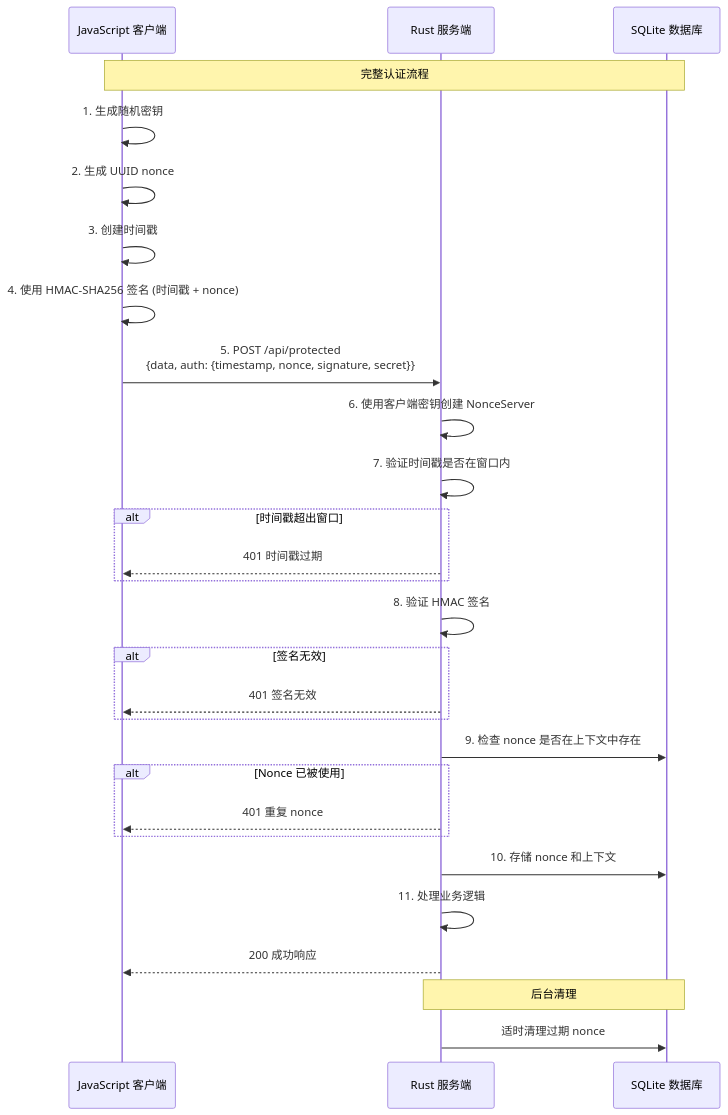
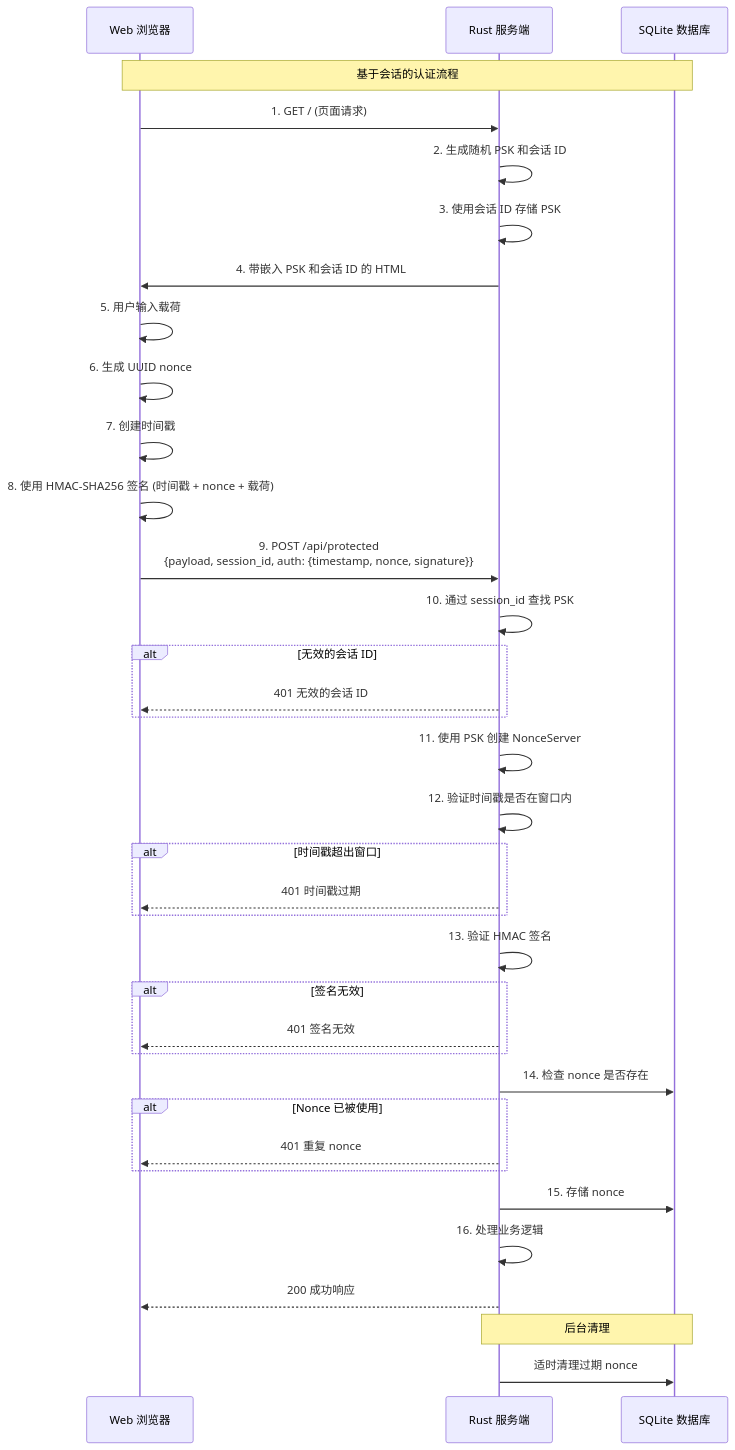
Before and after one commit to kookyleo/nonce-auth: the diagram in README.zh.md, drawn with Mermaid. The commit also changed other lines of this file and 4 other files, not shown here.

````diff
--- a/README.zh.md
+++ b/README.zh.md
@@ -218,41 +340,52 @@
 ```mermaid
 sequenceDiagram
-    participant JSClient as JavaScript 客户端
+    participant Browser as Web 浏览器
     participant RustServer as Rust 服务端
     participant DB as SQLite 数据库
 
-    Note over JSClient, DB: 完整认证流程
+    Note over Browser, DB: 基于会话的认证流程
 
-    JSClient->>JSClient: 1. 生成随机密钥
-    JSClient->>JSClient: 2. 生成 UUID nonce
-    JSClient->>JSClient: 3. 创建时间戳
-    JSClient->>JSClient: 4. 使用 HMAC-SHA256 签名 (时间戳 + nonce)
+    Browser->>RustServer: 1. GET / (页面请求)
+    RustServer->>RustServer: 2. 生成随机 PSK 和会话 ID
+    RustServer->>RustServer: 3. 使用会话 ID 存储 PSK
+    RustServer->>Browser: 4. 带嵌入 PSK 和会话 ID 的 HTML
     
-    JSClient->>RustServer: 5. POST /api/protected<br/>{data, auth: {timestamp, nonce, signature, secret}}
+    Browser->>Browser: 5. 用户输入载荷
+    Browser->>Browser: 6. 生成 UUID nonce
+    Browser->>Browser: 7. 创建时间戳
+    Browser->>Browser: 8. 使用 HMAC-SHA256 签名 (时间戳 + nonce + 载荷)
     
-    RustServer->>RustServer: 6. 使用客户端密钥创建 NonceServer
-    RustServer->>RustServer: 7. 验证时间戳是否在窗口内
+    Browser->>RustServer: 9. POST /api/protected<br/>{payload, session_id, auth: {timestamp, nonce, signature}}
+    
+    RustServer->>RustServer: 10. 通过 session_id 查找 PSK
+    
+    alt 无效的会话 ID
+        RustServer-->>Browser: 401 无效的会话 ID
+    end
+    
+    RustServer->>RustServer: 11. 使用 PSK 创建 NonceServer
+    RustServer->>RustServer: 12. 验证时间戳是否在窗口内
     
     alt 时间戳超出窗口
-        RustServer-->>JSClient: 401 时间戳过期
+        RustServer-->>Browser: 401 时间戳过期
     end
     
-    RustServer->>RustServer: 8. 验证 HMAC 签名
+    RustServer->>RustServer: 13. 验证 HMAC 签名
     
     alt 签名无效
-        RustServer-->>JSClient: 401 签名无效
+        RustServer-->>Browser: 401 签名无效
     end
     
-    RustServer->>DB: 9. 检查 nonce 是否在上下文中存在
+    RustServer->>DB: 14. 检查 nonce 是否存在
     
     alt Nonce 已被使用
-        RustServer-->>JSClient: 401 重复 nonce
+        RustServer-->>Browser: 401 重复 nonce
     end
     
-    RustServer->>DB: 10. 存储 nonce 和上下文
-    RustServer->>RustServer: 11. 处理业务逻辑
-    RustServer-->>JSClient: 200 成功响应
+    RustServer->>DB: 15. 存储 nonce
+    RustServer->>RustServer: 16. 处理业务逻辑
+    RustServer-->>Browser: 200 成功响应
     
     Note over RustServer, DB: 后台清理
     RustServer->>DB: 适时清理过期 nonce
 ```
````
